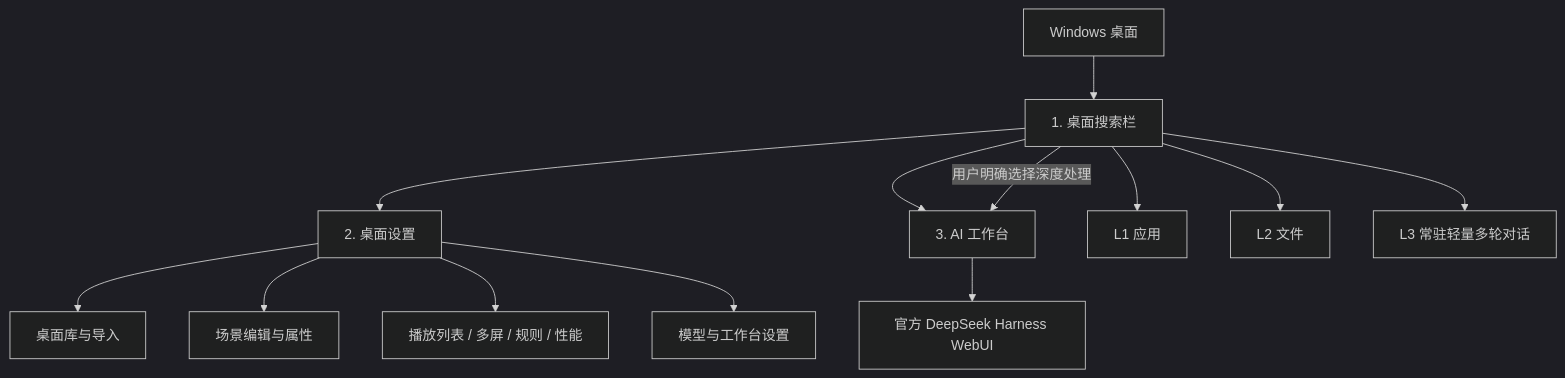
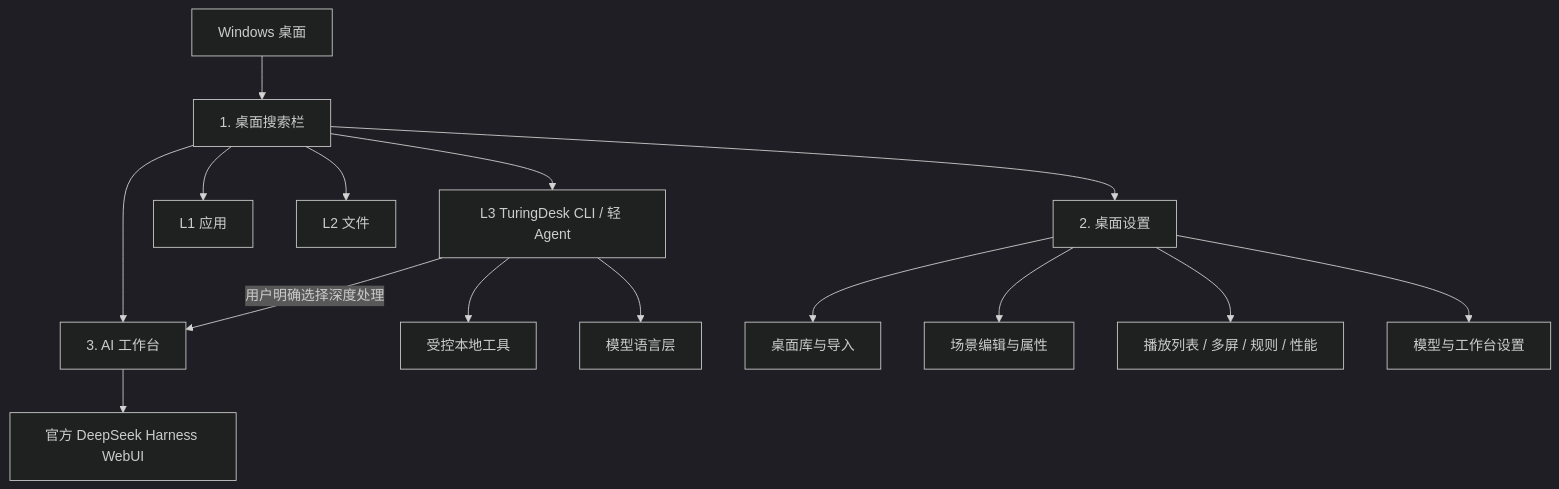
One commit to GoodLoongStudio/TuringDesk changed the first of 2 diagrams in docs/TURINGDESK-DESIGN-SPEC.md. Above: the diagram before and after it, drawn with Mermaid (dark theme). The commit also changed other lines of this file, not shown here.

Commit message:
docs: redefine L3 as native CLI light agent

````diff
--- a/docs/TURINGDESK-DESIGN-SPEC.md
+++ b/docs/TURINGDESK-DESIGN-SPEC.md
@@ -105,18 +129,20 @@
 ```mermaid
 flowchart TD
     Desktop["Windows 桌面"] --> Search["1. 桌面搜索栏"]
     Search --> Settings["2. 桌面设置"]
     Search --> Workbench["3. AI 工作台"]
 
     Search --> Apps["L1 应用"]
     Search --> Files["L2 文件"]
-    Search --> Chat["L3 常驻轻量多轮对话"]
-    Search -->|"用户明确选择深度处理"| Workbench
+    Search --> CLI["L3 TuringDesk CLI / 轻 Agent"]
+    CLI --> Native["受控本地工具"]
+    CLI --> Model["模型语言层"]
+    CLI -->|"用户明确选择深度处理"| Workbench
 
     Settings --> Library["桌面库与导入"]
     Settings --> Editor["场景编辑与属性"]
     Settings --> Playback["播放列表 / 多屏 / 规则 / 性能"]
     Settings --> AI["模型与工作台设置"]
 
     Workbench --> Harness["官方 DeepSeek Harness WebUI"]
 ```
````
